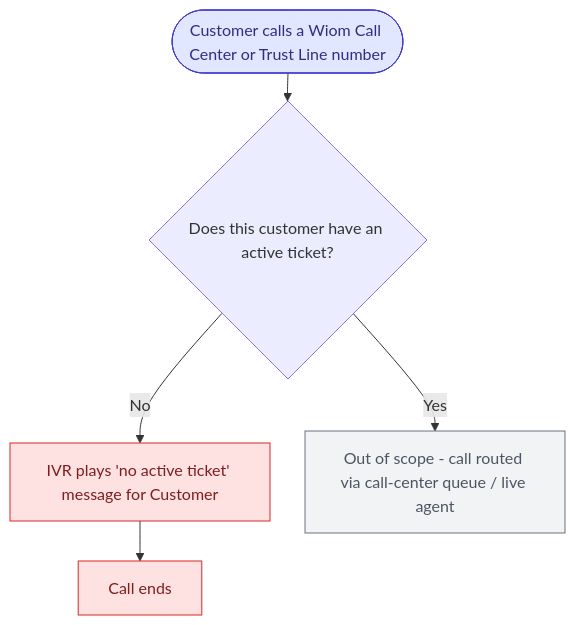
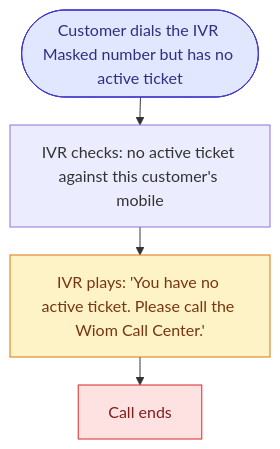
Before and after one commit to ashish-raj-wiom/IVR-Routing-Solutioning: the diagram in diagrams/src/uc15.mmd, drawn with Mermaid. The commit also changed 8 other files, not shown here.

First line of the commit message:
Correct UC 14 / UC 15 - dead-end fires on IVR Masked number, redirects user

```diff
--- a/diagrams/src/uc15.mmd
+++ b/diagrams/src/uc15.mmd
@@ -1,14 +1,12 @@
 %%{init: {'theme':'default', 'flowchart': {'nodeSpacing': 35, 'rankSpacing': 28}}}%%
 flowchart TD
-    Start([Customer calls a Wiom Call Center or Trust Line number]) --> Check{Does this customer have an active ticket?}
-    Check -->|No| Audio[IVR plays 'no active ticket' message for Customer]
+    Start([Customer dials the IVR Masked number but has no active ticket]) --> Check[IVR checks: no active ticket against this customer's mobile]
+    Check --> Audio[IVR plays: 'You have no active ticket. Please call the Wiom Call Center.']
     Audio --> End[Call ends]
-    Check -->|Yes| OOS[Out of scope - call routed via call-center queue / live agent]
 
     classDef start fill:#e0e7ff,stroke:#4338ca,color:#312e81
+    classDef neutral fill:#fef3c7,stroke:#d97706,color:#78350f
     classDef bad fill:#fee2e2,stroke:#dc2626,color:#7f1d1d
-    classDef neutral fill:#fef3c7,stroke:#d97706,color:#78350f
-    classDef oos fill:#f1f3f5,stroke:#6b7280,color:#4b5563
     class Start start
-    class Audio,End bad
-    class OOS oos
+    class Audio neutral
+    class End bad
```
